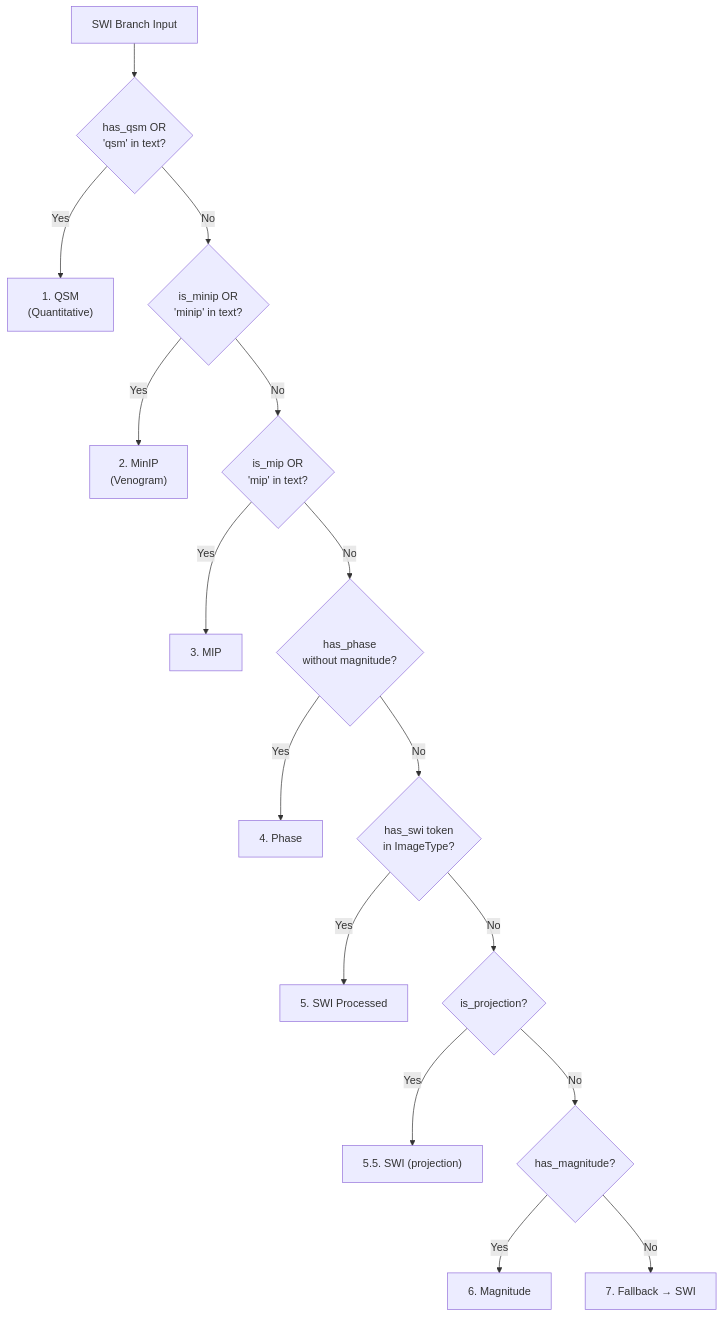
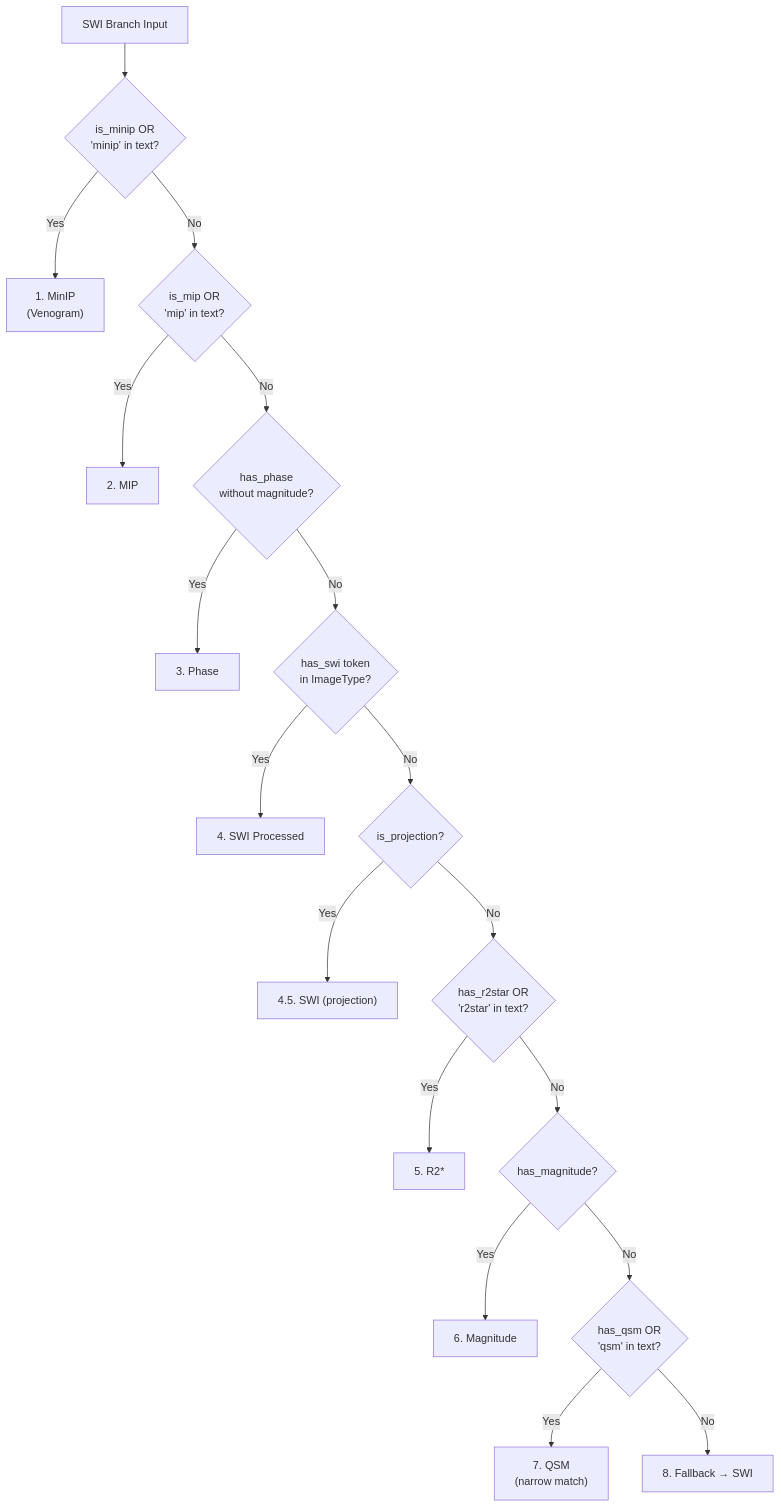
The third of 3 diagrams in docs/classification/branches/swi.md (NeuroGranberg/NILS), drawn with Mermaid before and after one commit. The commit also changed other lines of this file and 26 other files, not shown here.

````diff
--- a/docs/classification/branches/swi.md
+++ b/docs/classification/branches/swi.md
@@ -117,24 +128,28 @@
 ```mermaid
 flowchart TB
-    start["SWI Branch Input"] --> q1{has_qsm OR<br/>'qsm' in text?}
-    q1 -->|Yes| qsm["1. QSM<br/>(Quantitative)"]
-    q1 -->|No| q2{is_minip OR<br/>'minip' in text?}
+    start["SWI Branch Input"] --> q2{is_minip OR<br/>'minip' in text?}
 
-    q2 -->|Yes| minip["2. MinIP<br/>(Venogram)"]
+    q2 -->|Yes| minip["1. MinIP<br/>(Venogram)"]
     q2 -->|No| q3{is_mip OR<br/>'mip' in text?}
 
-    q3 -->|Yes| mip["3. MIP"]
+    q3 -->|Yes| mip["2. MIP"]
     q3 -->|No| q4{has_phase<br/>without magnitude?}
 
-    q4 -->|Yes| phase["4. Phase"]
+    q4 -->|Yes| phase["3. Phase"]
     q4 -->|No| q5{has_swi token<br/>in ImageType?}
 
-    q5 -->|Yes| swi["5. SWI Processed"]
+    q5 -->|Yes| swi["4. SWI Processed"]
     q5 -->|No| q6{is_projection?}
 
-    q6 -->|Yes| swi2["5.5. SWI (projection)"]
-    q6 -->|No| q7{has_magnitude?}
+    q6 -->|Yes| swi2["4.5. SWI (projection)"]
+    q6 -->|No| qr{has_r2star OR<br/>'r2star' in text?}
+
+    qr -->|Yes| r2["5. R2*"]
+    qr -->|No| q7{has_magnitude?}
 
     q7 -->|Yes| mag["6. Magnitude"]
-    q7 -->|No| fallback["7. Fallback → SWI"]
+    q7 -->|No| q8{has_qsm OR<br/>'qsm' in text?}
+
+    q8 -->|Yes| qsm["7. QSM<br/>(narrow match)"]
+    q8 -->|No| fallback["8. Fallback → SWI"]
 ```
````
